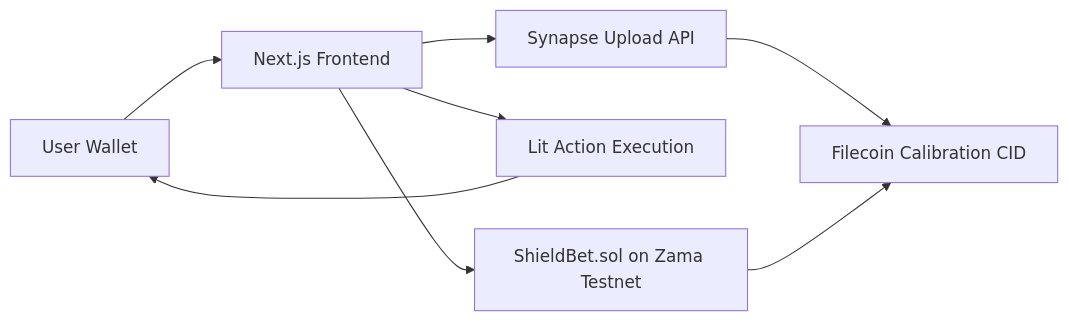
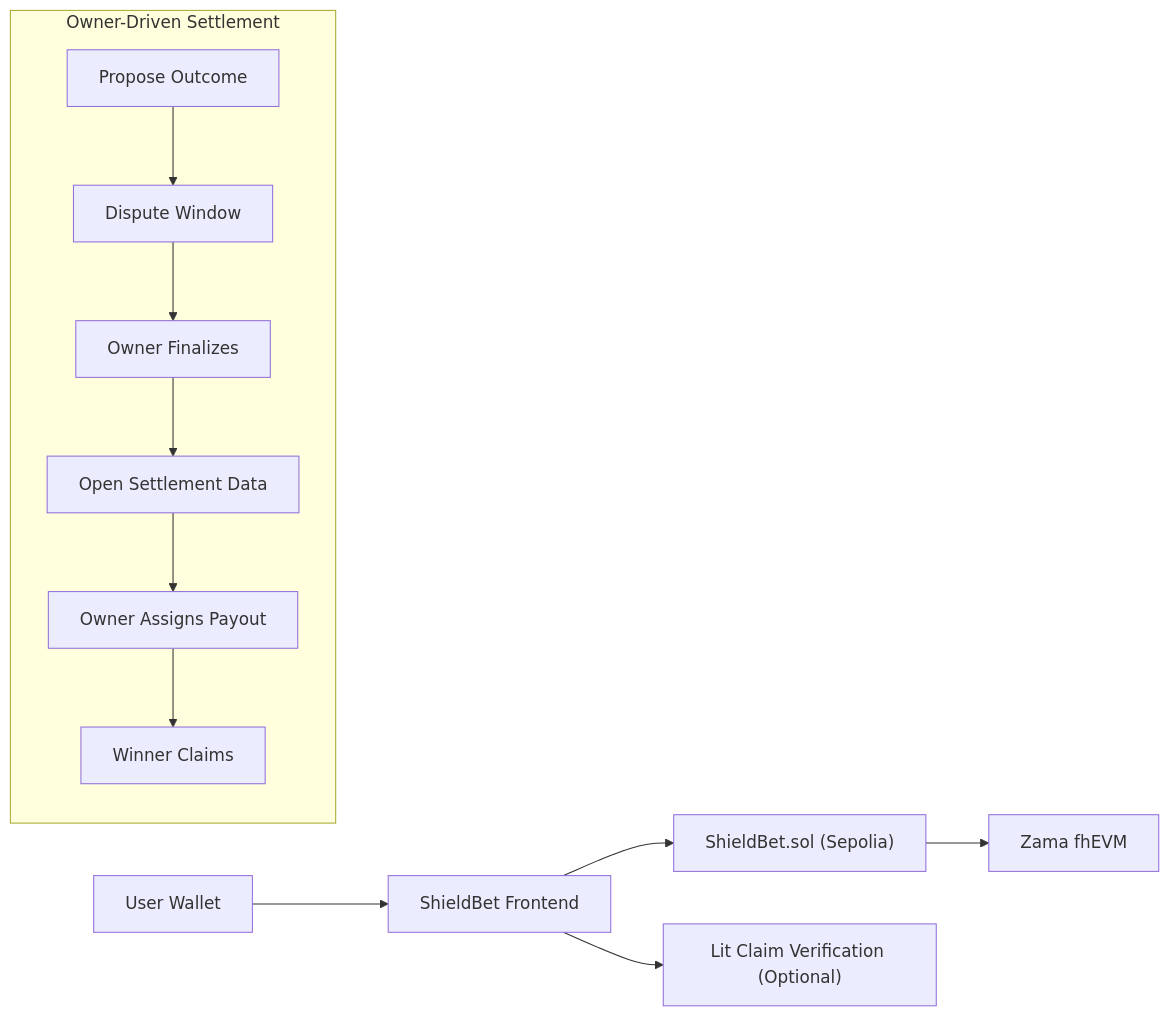
Before and after one commit to Psalmuel01/shield-market: the diagram in README.md, drawn with Mermaid. The commit also changed other lines of this file and 14 other files, not shown here.

Commit message:
update e2e flow

````diff
--- a/README.md
+++ b/README.md
@@ -14,10 +22,15 @@
 ```mermaid
 flowchart LR
-  U[User Wallet] --> F[Next.js Frontend]
-  F --> C[ShieldBet.sol on Zama Testnet]
-  F --> L[Lit Action Execution]
-  F --> FI[Synapse Upload API]
-  FI --> FC[Filecoin Calibration CID]
-  C --> FC
-  L --> U
+  U["User Wallet"] --> F["ShieldBet Frontend"]
+  F --> C["ShieldBet.sol (Sepolia)"]
+  C --> Z["Zama fhEVM"]
+  F --> L["Lit Claim Verification (Optional)"]
+
+  subgraph "Owner-Driven Settlement"
+    P["Propose Outcome"] --> D["Dispute Window"]
+    D --> O["Owner Finalizes"]
+    O --> S["Open Settlement Data"]
+    S --> A["Owner Assigns Payout"]
+    A --> W["Winner Claims"]
+  end
 ```
````
